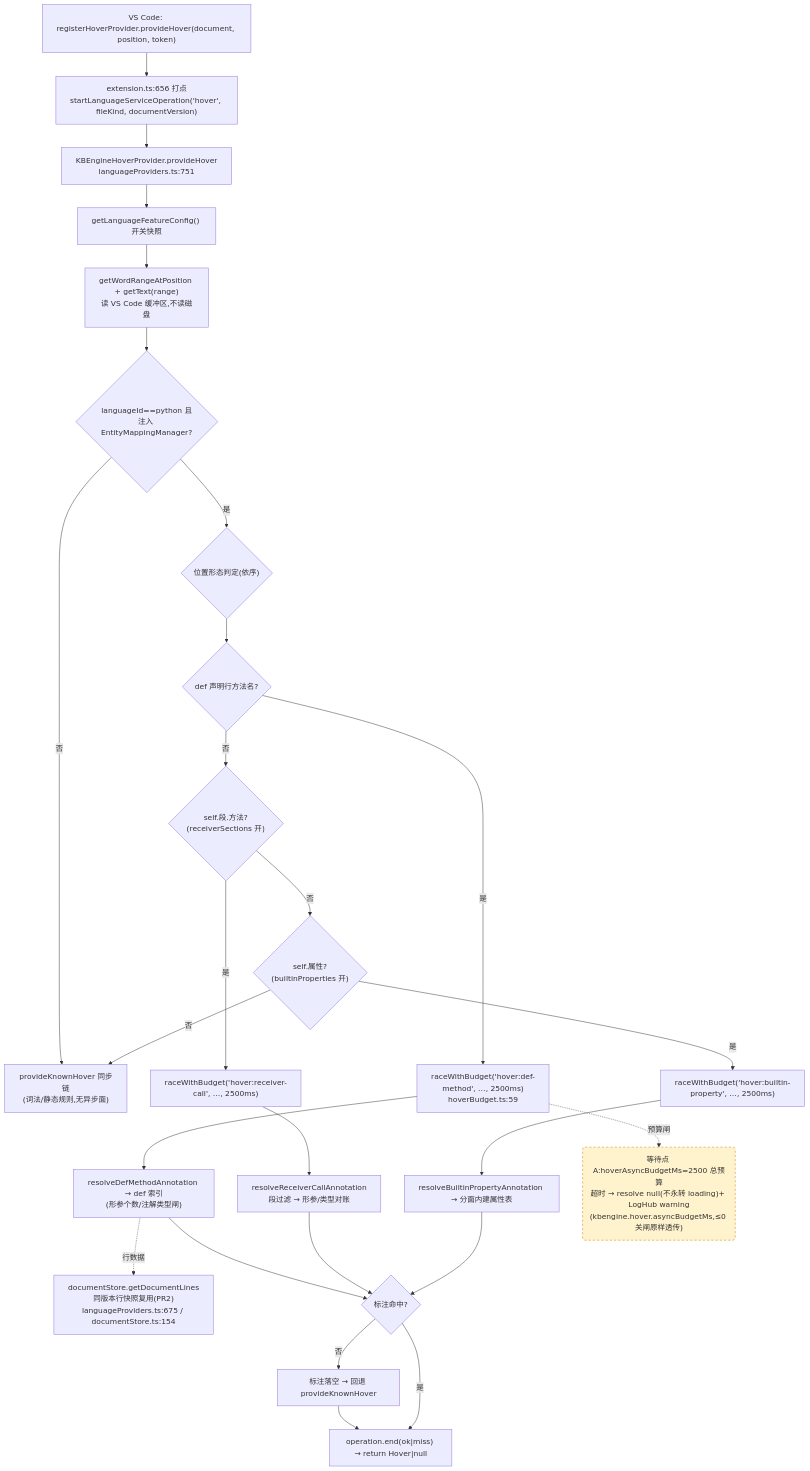
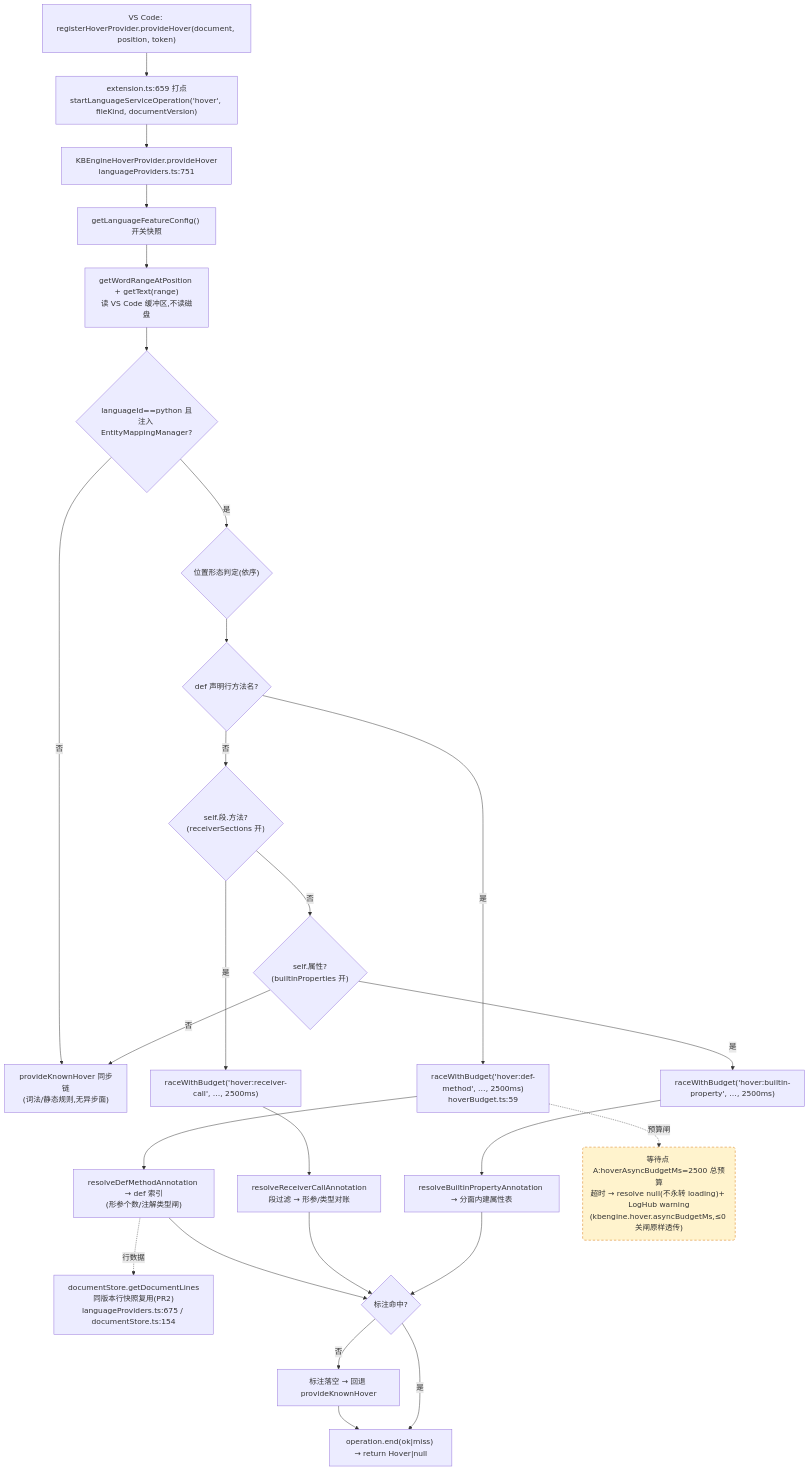
The first of 4 diagrams in docs/perf/2026-baseline.md (cuihairu/kode), drawn with Mermaid before and after one commit. The commit also changed other lines of this file and 8 other files, not shown here.

````diff
--- a/docs/perf/2026-baseline.md
+++ b/docs/perf/2026-baseline.md
@@ -82,45 +82,45 @@
 ```mermaid
 flowchart TD
   VC1["VS Code: registerHoverProvider.provideHover(document, position, token)"]
-  M1["extension.ts:656 打点<br/>startLanguageServiceOperation('hover', fileKind, documentVersion)"]
+  M1["extension.ts:659 打点<br/>startLanguageServiceOperation('hover', fileKind, documentVersion)"]
   HP["KBEngineHoverProvider.provideHover<br/>languageProviders.ts:751"]
   CFG["getLanguageFeatureConfig() 开关快照"]
   WORD["getWordRangeAtPosition + getText(range)<br/>读 VS Code 缓冲区,不读磁盘"]
   BR{"languageId==python 且<br/>注入 EntityMappingManager?"}
   KN["provideKnownHover 同步链<br/>(词法/静态规则,无异步面)"]
   POS{"位置形态判定(依序)"}
   D1{"def 声明行方法名?"}
   D2{"self.段.方法?<br/>(receiverSections 开)"}
   D3{"self.属性?<br/>(builtinProperties 开)"}
   RA1["raceWithBudget('hover:def-method', …, 2500ms)<br/>hoverBudget.ts:59"]
   RA2["raceWithBudget('hover:receiver-call', …, 2500ms)"]
   RA3["raceWithBudget('hover:builtin-property', …, 2500ms)"]
   RS1["resolveDefMethodAnnotation → def 索引<br/>(形参个数/注解类型闸)"]
   RS2["resolveReceiverCallAnnotation<br/>段过滤 → 形参/类型对账"]
   RS3["resolveBuiltinPropertyAnnotation → 分面内建属性表"]
   LINES["documentStore.getDocumentLines<br/>同版本行快照复用(PR2)<br/>languageProviders.ts:675 / documentStore.ts:154"]
   MISS["标注落空 → 回退 provideKnownHover"]
   END1["operation.end(ok|miss) → return Hover|null"]
 
   VC1 --> M1 --> HP --> CFG --> WORD --> BR
   BR -- "否" --> KN
   BR -- "是" --> POS --> D1
   D1 -- "是" --> RA1 --> RS1
   D1 -- "否" --> D2
   D2 -- "是" --> RA2 --> RS2
   D2 -- "否" --> D3
   D3 -- "是" --> RA3 --> RS3
   D3 -- "否" --> KN
   RS1 --> HIT{"标注命中?"}
   RS2 --> HIT
   RS3 --> HIT
   RS1 -.->|行数据| LINES
   HIT -- "否" --> MISS --> END1
   HIT -- "是" --> END1
 
   WAITA("等待点 A:hoverAsyncBudgetMs=2500 总预算<br/>超时 → resolve null(不永转 loading)+ LogHub warning<br/>(kbengine.hover.asyncBudgetMs,≤0 关闸原样透传)")
   RA1 -.->|预算闸| WAITA
 
   classDef waitPoint fill:#fff3cd,stroke:#d97706,stroke-dasharray:5 4;
   class WAITA waitPoint;
 ```
````
